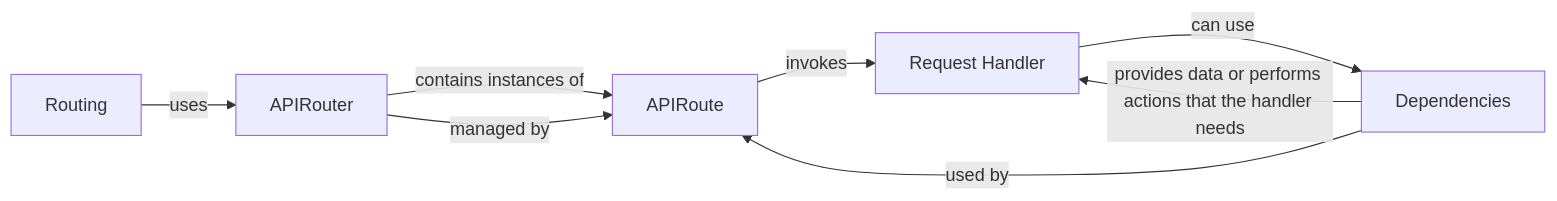
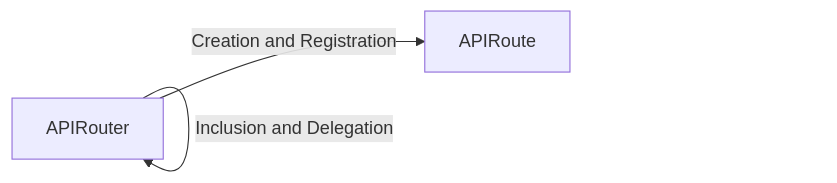
The diagram in fastapi/Routing.md (CodeBoarding/GeneratedOnBoardings), drawn with Mermaid before and after one commit. The commit also changed other lines of this file and 9 other files, not shown here.

````diff
--- a/fastapi/Routing.md
+++ b/fastapi/Routing.md
@@ -1,14 +1,7 @@
 ```mermaid
 graph LR
     APIRouter["APIRouter"]
     APIRoute["APIRoute"]
-    Request_Handler["Request Handler"]
-    Dependencies["Dependencies"]
-    Routing -- "uses" --> APIRouter
-    APIRouter -- "contains instances of" --> APIRoute
-    APIRoute -- "invokes" --> Request_Handler
-    APIRouter -- "managed by" --> APIRoute
-    Request_Handler -- "can use" --> Dependencies
-    Dependencies -- "used by" --> APIRoute
-    Dependencies -- "provides data or performs actions that the handler needs" --> Request_Handler
+    APIRouter -- "Creation and Registration" --> APIRoute
+    APIRouter -- "Inclusion and Delegation" --> APIRouter
 ```
````
